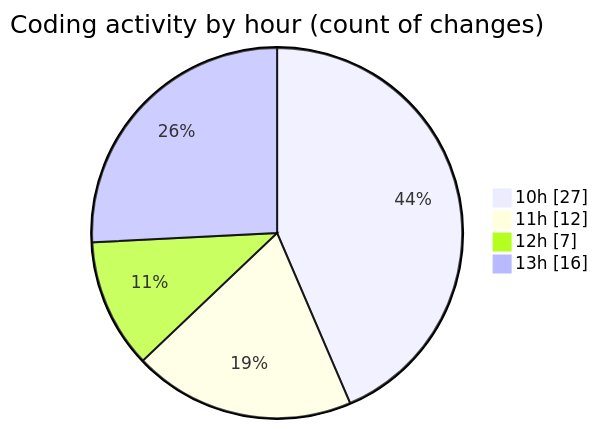
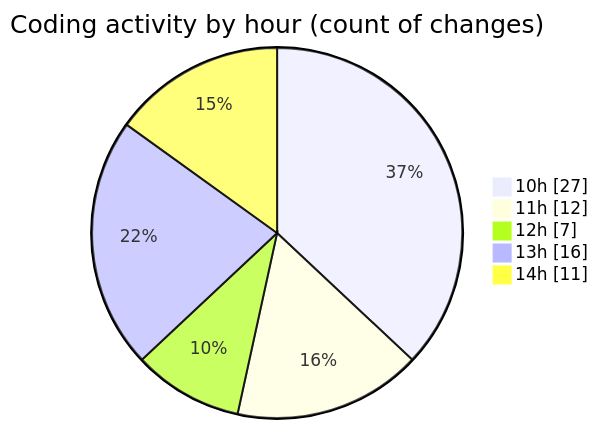
Before and after one commit to MatusMokan/code-tracking: the second of 2 diagrams in 2025-03-01/myws__workspace_/README.md, drawn with Mermaid. The commit also changed other lines of this file and 1 other file, not shown here.

````diff
--- a/2025-03-01/myws__workspace_/README.md
+++ b/2025-03-01/myws__workspace_/README.md
@@ -38,8 +40,9 @@
 ```mermaid
 pie showData
 title Coding activity by hour (count of changes)
 "10h" : 27
 "11h" : 12
 "12h" : 7
 "13h" : 16
+"14h" : 11
 ```
````
